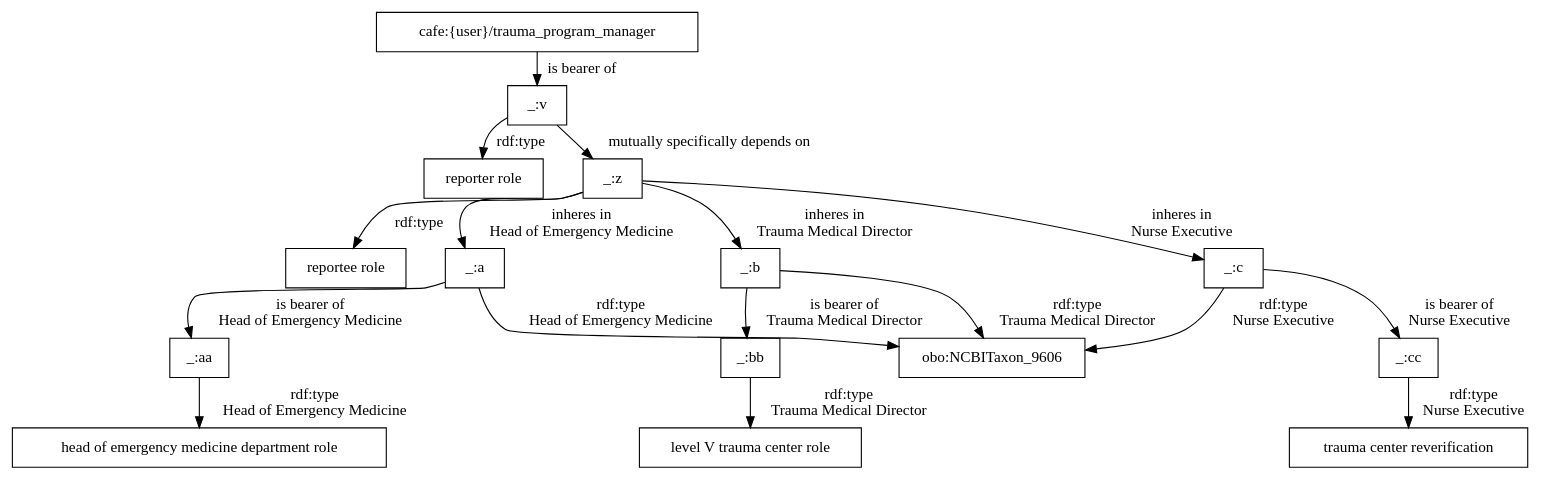
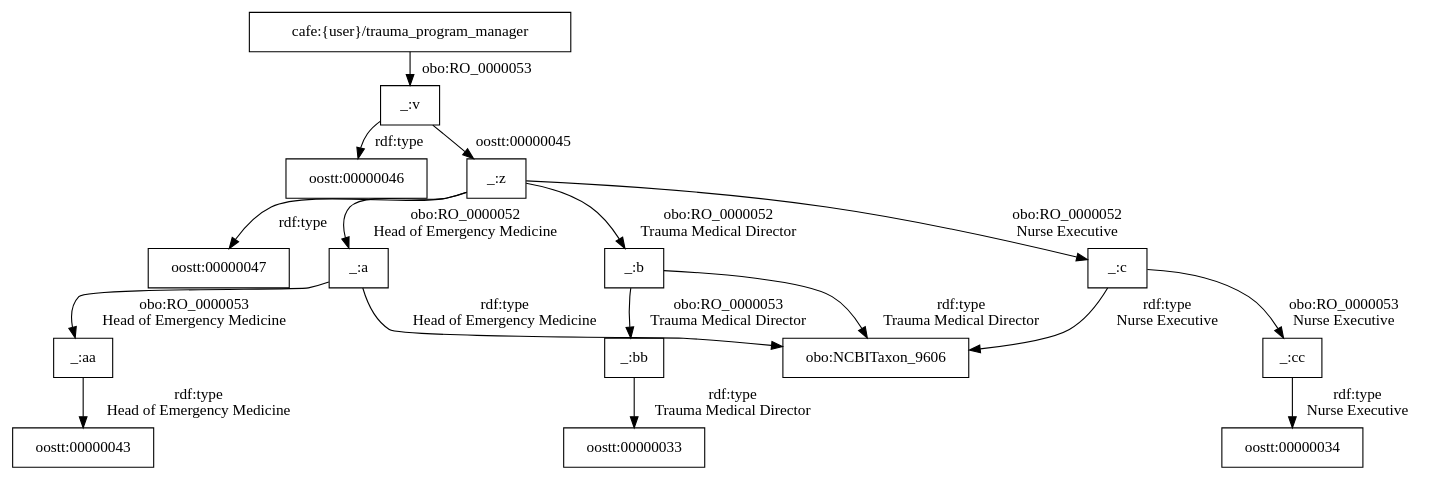
One commit to utecht/dideo-server changed the diagram in cafe/graphs/31.dot. Above: the diagram before and after it, drawn with Graphviz. The commit also changed 17 other files, not shown here.

```diff
--- a/cafe/graphs/31.dot
+++ b/cafe/graphs/31.dot
@@ -1,31 +1,31 @@
 digraph g { node [shape=rectangle];
 graph [splines=true, nodesep=.5, ranksep=0, overlap=false];
-"cafe:{user}/trauma_program_manager" -> "_:v" [label="is bearer of"]
-"_:v" -> "reporter role" [label="rdf:type"]
-"_:v" -> "_:z" [label="mutually specifically depends on"]
-"_:z" -> "reportee role" [label="rdf:type"]
-"_:a" -> "_:aa" [label="is bearer of
+"cafe:{user}/trauma_program_manager" -> "_:v" [label="obo:RO_0000053"]
+"_:v" -> "oostt:00000046" [label="rdf:type"]
+"_:v" -> "_:z" [label="oostt:00000045"]
+"_:z" -> "oostt:00000047" [label="rdf:type"]
+"_:a" -> "_:aa" [label="obo:RO_0000053
 Head of Emergency Medicine"]
 "_:a" -> "obo:NCBITaxon_9606" [label="rdf:type
 Head of Emergency Medicine"]
-"_:aa" -> "head of emergency medicine department role" [label="rdf:type
+"_:aa" -> "oostt:00000043" [label="rdf:type
 Head of Emergency Medicine"]
-"_:bb" -> "level V trauma center role" [label="rdf:type
+"_:bb" -> "oostt:00000033" [label="rdf:type
 Trauma Medical Director"]
-"_:cc" -> "trauma center reverification" [label="rdf:type
+"_:cc" -> "oostt:00000034" [label="rdf:type
 Nurse Executive"]
-"_:b" -> "_:bb" [label="is bearer of
+"_:b" -> "_:bb" [label="obo:RO_0000053
 Trauma Medical Director"]
-"_:c" -> "_:cc" [label="is bearer of
+"_:c" -> "_:cc" [label="obo:RO_0000053
 Nurse Executive"]
 "_:b" -> "obo:NCBITaxon_9606" [label="rdf:type
 Trauma Medical Director"]
 "_:c" -> "obo:NCBITaxon_9606" [label="rdf:type
 Nurse Executive"]
-"_:z" -> "_:b" [label="inheres in
+"_:z" -> "_:b" [label="obo:RO_0000052
 Trauma Medical Director"]
-"_:z" -> "_:c" [label="inheres in
+"_:z" -> "_:c" [label="obo:RO_0000052
 Nurse Executive"]
-"_:z" -> "_:a" [label="inheres in
+"_:z" -> "_:a" [label="obo:RO_0000052
 Head of Emergency Medicine"]
 }
```
